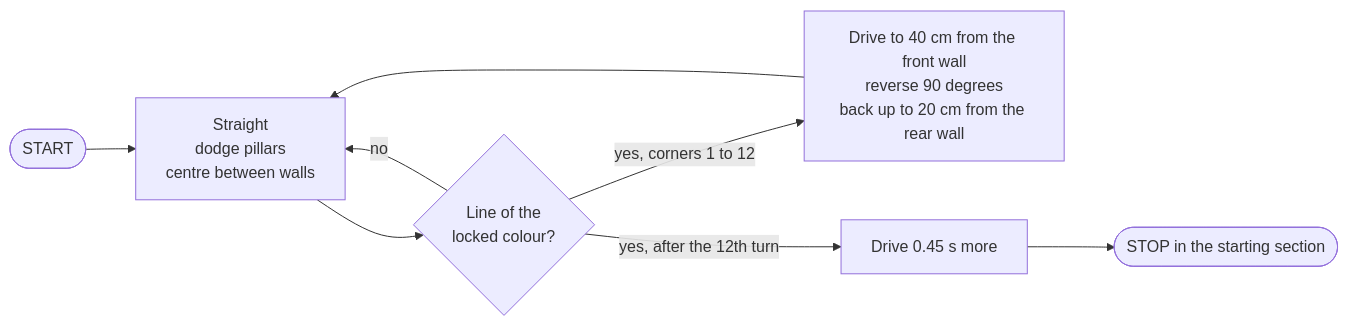
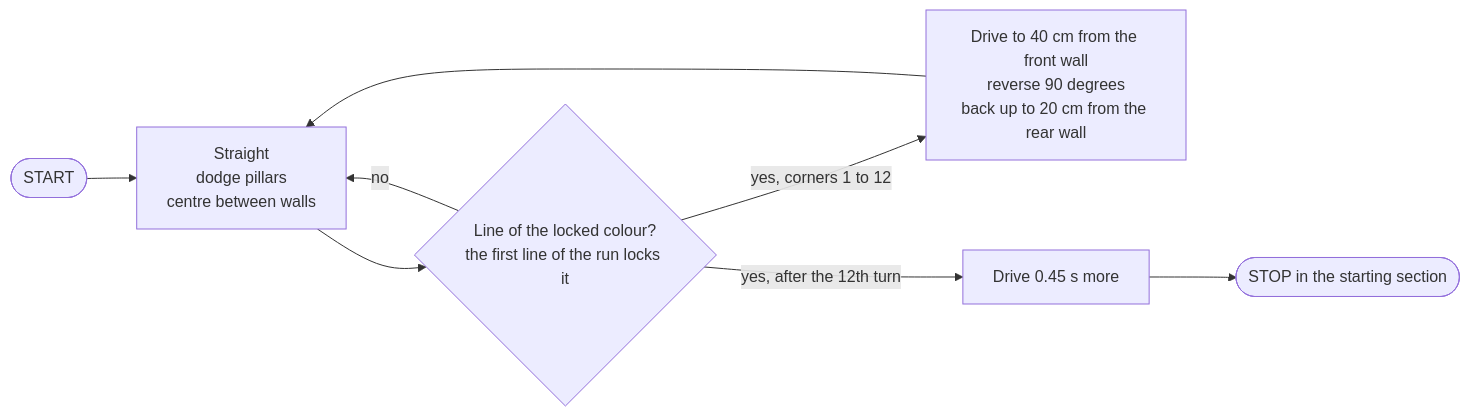
Before and after one commit to henryalejandrorieraloza-sudo/WRO-2026-Future-Engineers-Journal: the third of 4 diagrams in README.md, drawn with Mermaid. The commit also changed other lines of this file and 2 other files, not shown here.

First line of the commit message:
Docs: flow diagrams checked against the code (v1.9.21)

````diff
--- a/README.md
+++ b/README.md
@@ -586,10 +586,10 @@
 ```mermaid
 flowchart LR
     S([START]) --> A["Straight<br>dodge pillars<br>centre between walls"]
-    A --> L{Line of the<br>locked colour?}
+    A --> L{Line of the locked colour?<br>the first line of the run locks it}
     L -- no --> A
     L -- "yes, corners 1 to 12" --> T["Drive to 40 cm from the front wall<br>reverse 90 degrees<br>back up to 20 cm from the rear wall"]
     T --> A
     L -- "yes, after the 12th turn" --> F["Drive 0.45 s more"]
     F --> E([STOP in the starting section])
 ```
````
